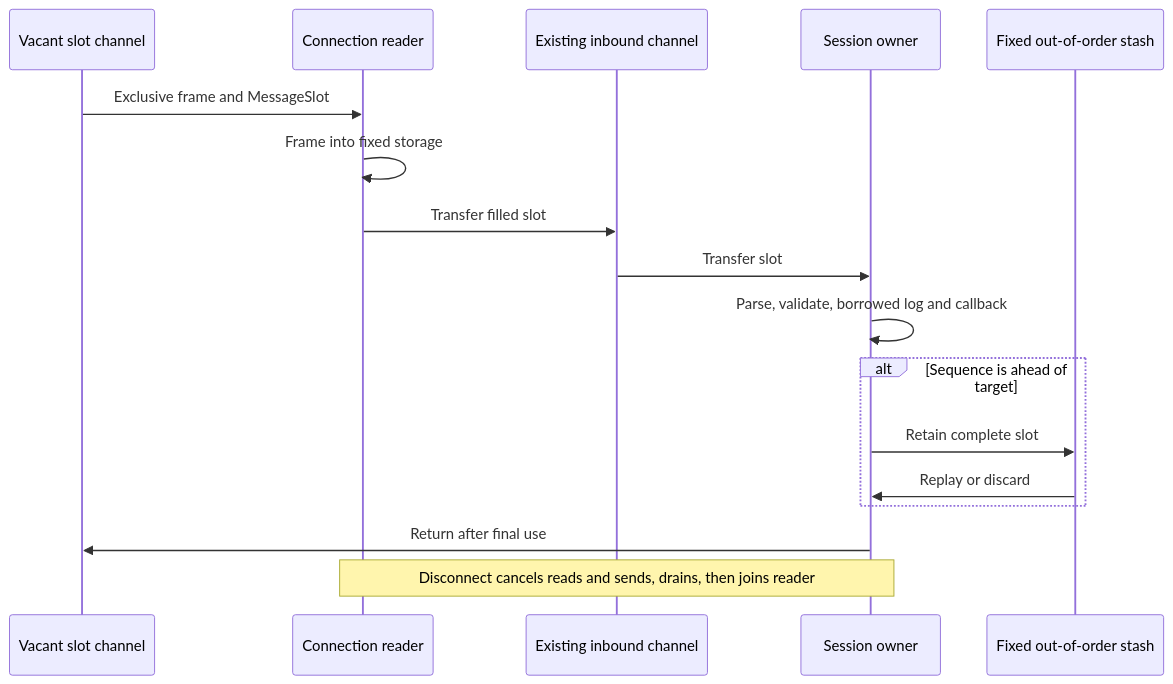
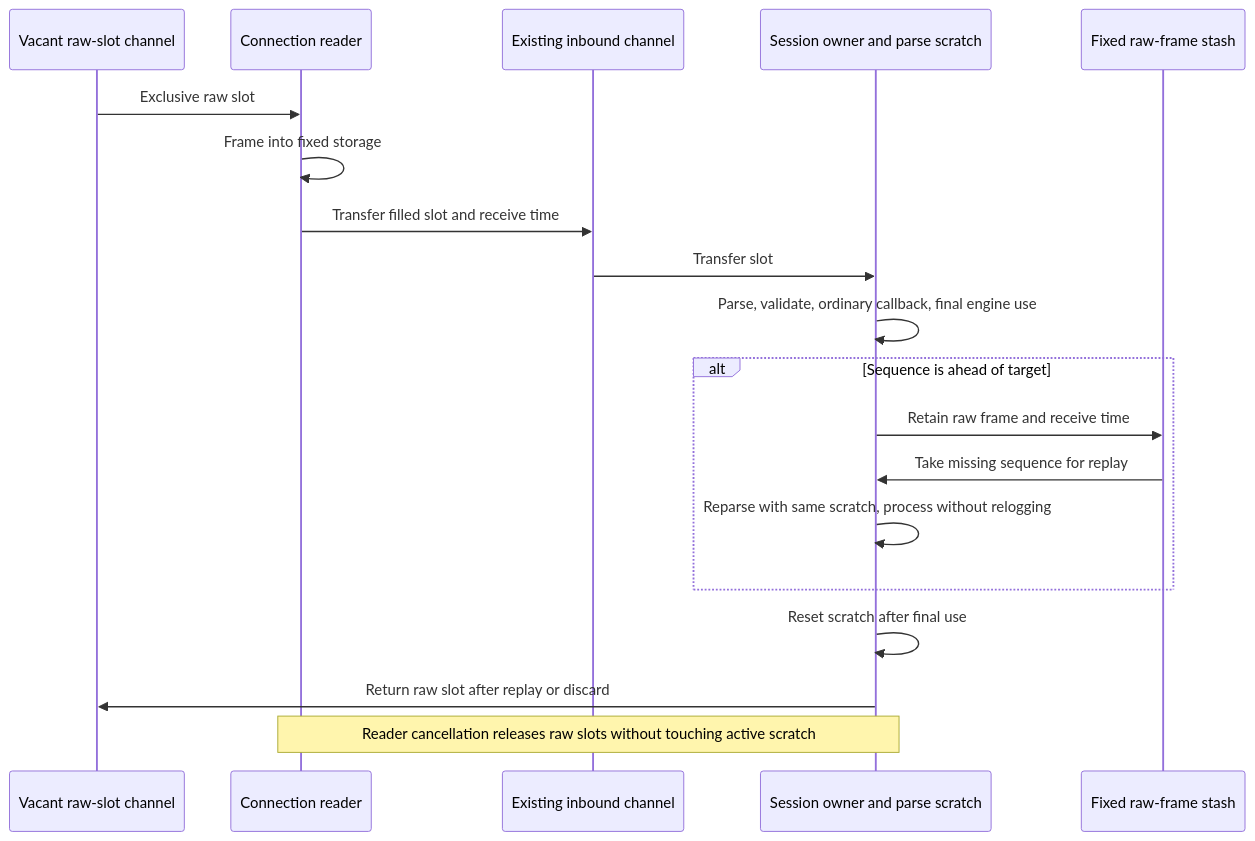
One commit to railbirdexchange/quickfix changed the diagram in benchmarks/zero-allocation/phase-5/README.md. Above: the diagram before and after it, drawn with Mermaid. The commit also changed other lines of this file and 35 other files, not shown here.

Commit message:
Use scoped frame ownership in ordinary inbound sessions

````diff
--- a/benchmarks/zero-allocation/phase-5/README.md
+++ b/benchmarks/zero-allocation/phase-5/README.md
@@ -9,19 +9,21 @@
 ```mermaid
 sequenceDiagram
-    participant Vacant as Vacant slot channel
+    participant Vacant as Vacant raw-slot channel
     participant Reader as Connection reader
     participant Inbound as Existing inbound channel
-    participant Session as Session owner
-    participant Stash as Fixed out-of-order stash
-    Vacant->>Reader: Exclusive frame and MessageSlot
+    participant Session as Session owner and parse scratch
+    participant Stash as Fixed raw-frame stash
+    Vacant->>Reader: Exclusive raw slot
     Reader->>Reader: Frame into fixed storage
-    Reader->>Inbound: Transfer filled slot
+    Reader->>Inbound: Transfer filled slot and receive time
     Inbound->>Session: Transfer slot
-    Session->>Session: Parse, validate, borrowed log and callback
+    Session->>Session: Parse, validate, ordinary callback, final engine use
     alt Sequence is ahead of target
-        Session->>Stash: Retain complete slot
-        Stash->>Session: Replay or discard
+        Session->>Stash: Retain raw frame and receive time
+        Stash->>Session: Take missing sequence for replay
+        Session->>Session: Reparse with same scratch, process without relogging
     end
-    Session->>Vacant: Return after final use
-    Note over Reader,Session: Disconnect cancels reads and sends, drains, then joins reader
+    Session->>Session: Reset scratch after final use
+    Session->>Vacant: Return raw slot after replay or discard
+    Note over Reader,Session: Reader cancellation releases raw slots without touching active scratch
 ```
````
